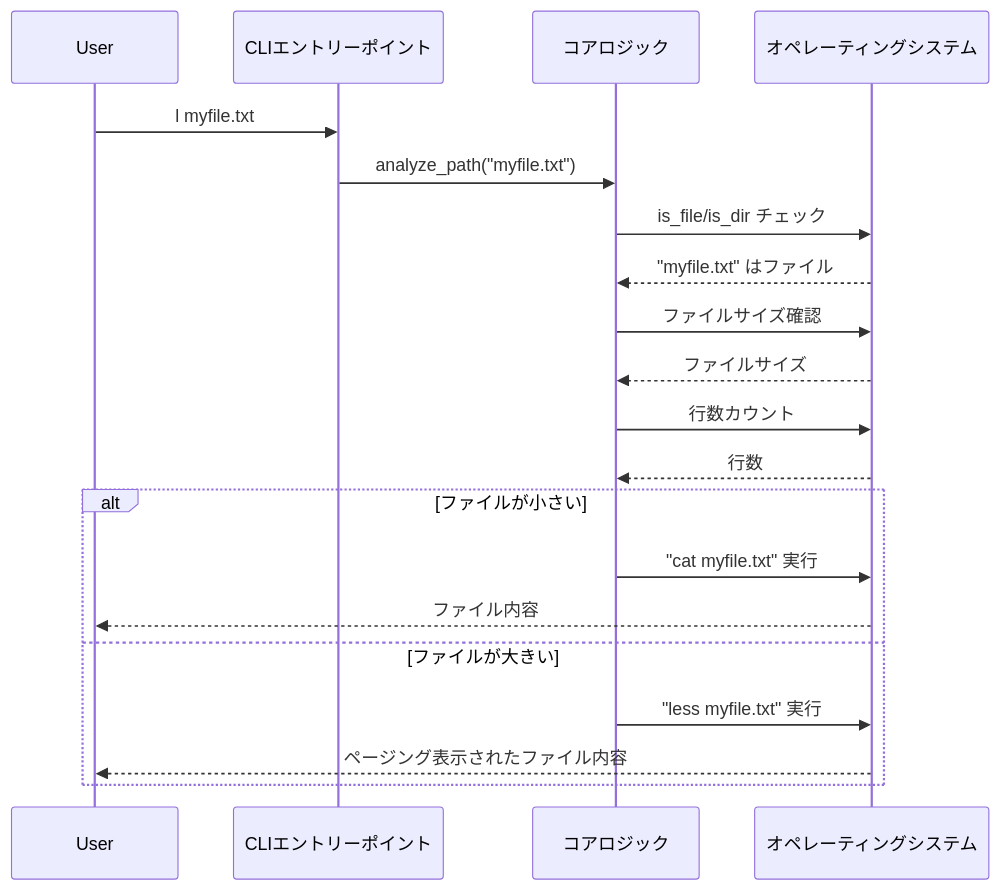
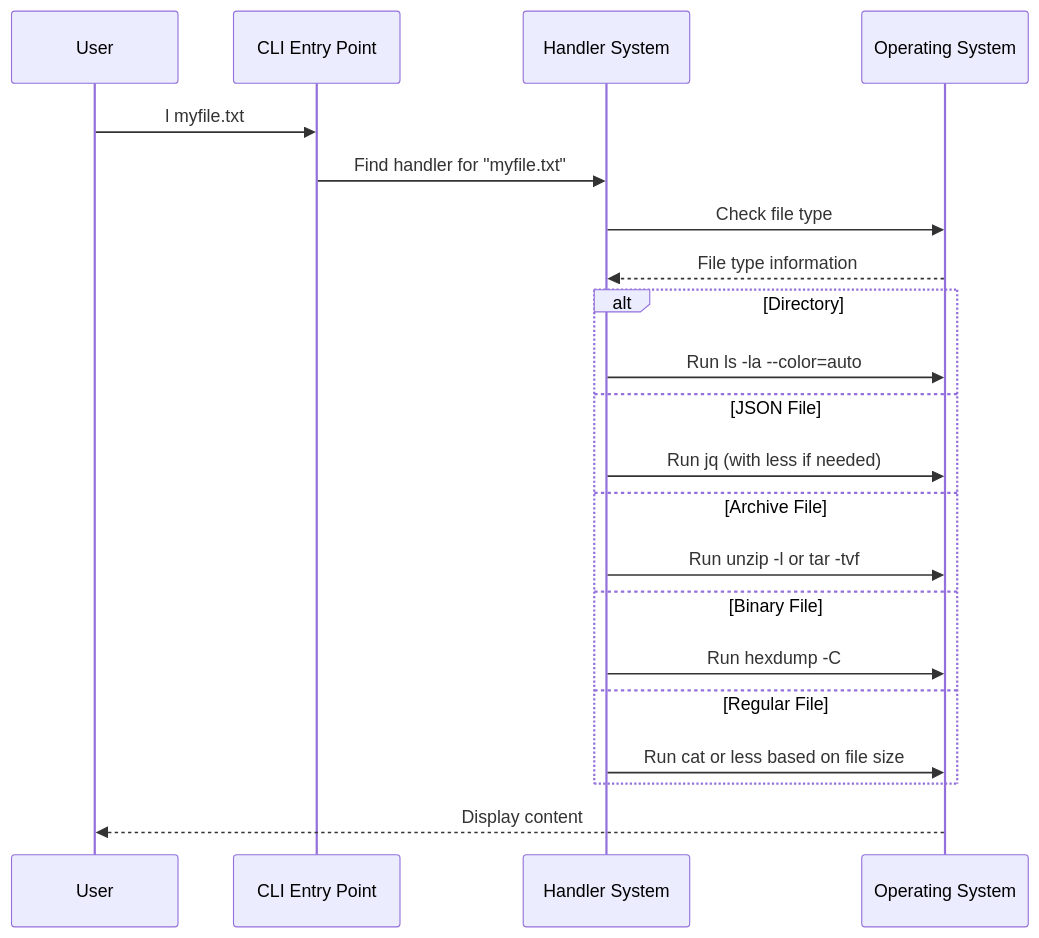
Before and after one commit to gyu-don/l-command: the second of 2 diagrams in .cursordocs/implementation-plan.md, drawn with Mermaid. The commit also changed other lines of this file and 6 other files, not shown here.

````diff
--- a/.cursordocs/implementation-plan.md
+++ b/.cursordocs/implementation-plan.md
@@ -52,24 +52,26 @@
 ```mermaid
 sequenceDiagram
     participant User
-    participant CLI as CLIエントリーポイント
-    participant Core as コアロジック
-    participant OS as オペレーティングシステム
+    participant CLI as CLI Entry Point
+    participant Handlers as Handler System
+    participant OS as Operating System
 
     User->>CLI: l myfile.txt
-    CLI->>Core: analyze_path("myfile.txt")
-    Core->>OS: is_file/is_dir チェック
-    OS-->>Core: "myfile.txt" はファイル
-    Core->>OS: ファイルサイズ確認
-    OS-->>Core: ファイルサイズ
-    Core->>OS: 行数カウント
-    OS-->>Core: 行数
+    CLI->>Handlers: Find handler for "myfile.txt"
+    Handlers->>OS: Check file type
+    OS-->>Handlers: File type information
 
-    alt ファイルが小さい
-        Core->>OS: "cat myfile.txt" 実行
-        OS-->>User: ファイル内容
-    else ファイルが大きい
-        Core->>OS: "less myfile.txt" 実行
-        OS-->>User: ページング表示されたファイル内容
+    alt Directory
+        Handlers->>OS: Run ls -la --color=auto
+    else JSON File
+        Handlers->>OS: Run jq (with less if needed)
+    else Archive File
+        Handlers->>OS: Run unzip -l or tar -tvf
+    else Binary File
+        Handlers->>OS: Run hexdump -C
+    else Regular File
+        Handlers->>OS: Run cat or less based on file size
     end
+
+    OS-->>User: Display content
 ```
````
